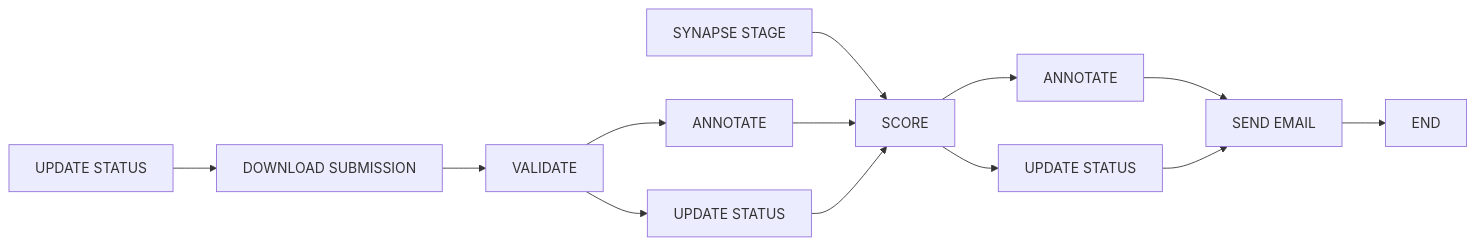
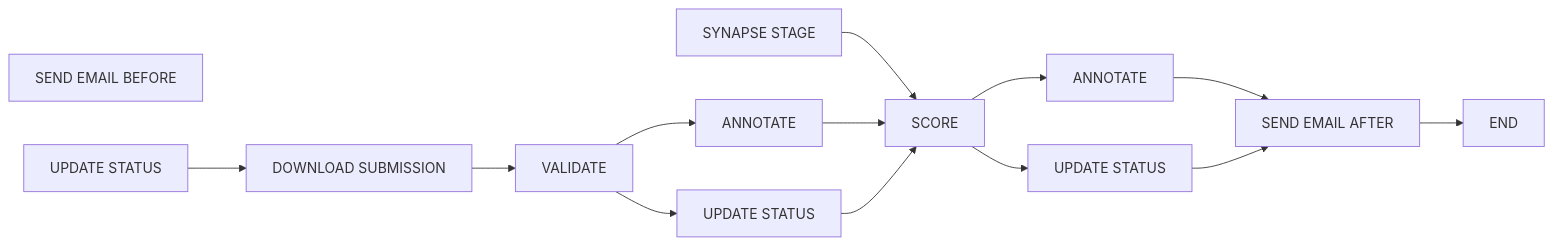
One commit to vpchung/nf-synapse-challenge changed the second of 2 diagrams in README.md. Above: the diagram before and after it, drawn with Mermaid. The commit also changed other lines of this file and 12 other files, not shown here.

First line of the commit message:
[ORCA-305] Dynamic Challenge Email Notification Updates & [ORCA-310] Optional `SEND_EMAIL` (#17)

````diff
--- a/README.md
+++ b/README.md
@@ -141,15 +141,16 @@
 ```mermaid
   flowchart LR;
+    L[SEND EMAIL BEFORE];
     A[SYNAPSE STAGE]-->G[SCORE];
     B[UPDATE STATUS]-->C[DOWNLOAD SUBMISSION];
     C-->D[VALIDATE];
     D-->E[ANNOTATE];
     D-->F[UPDATE STATUS];
     E-->G;
     F-->G;
     G-->H[ANNOTATE];
     G-->I[UPDATE STATUS];
-    H-->J[SEND EMAIL];
+    H-->J[SEND EMAIL AFTER];
     I-->J;
     J-->K[END];
 ```
````
